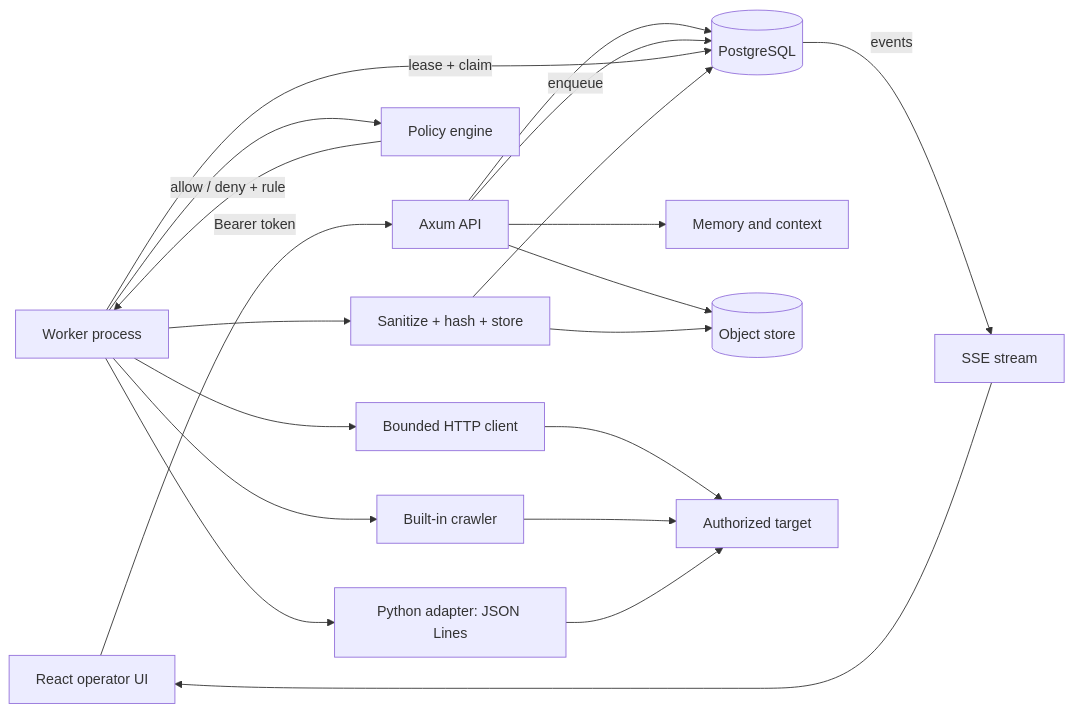
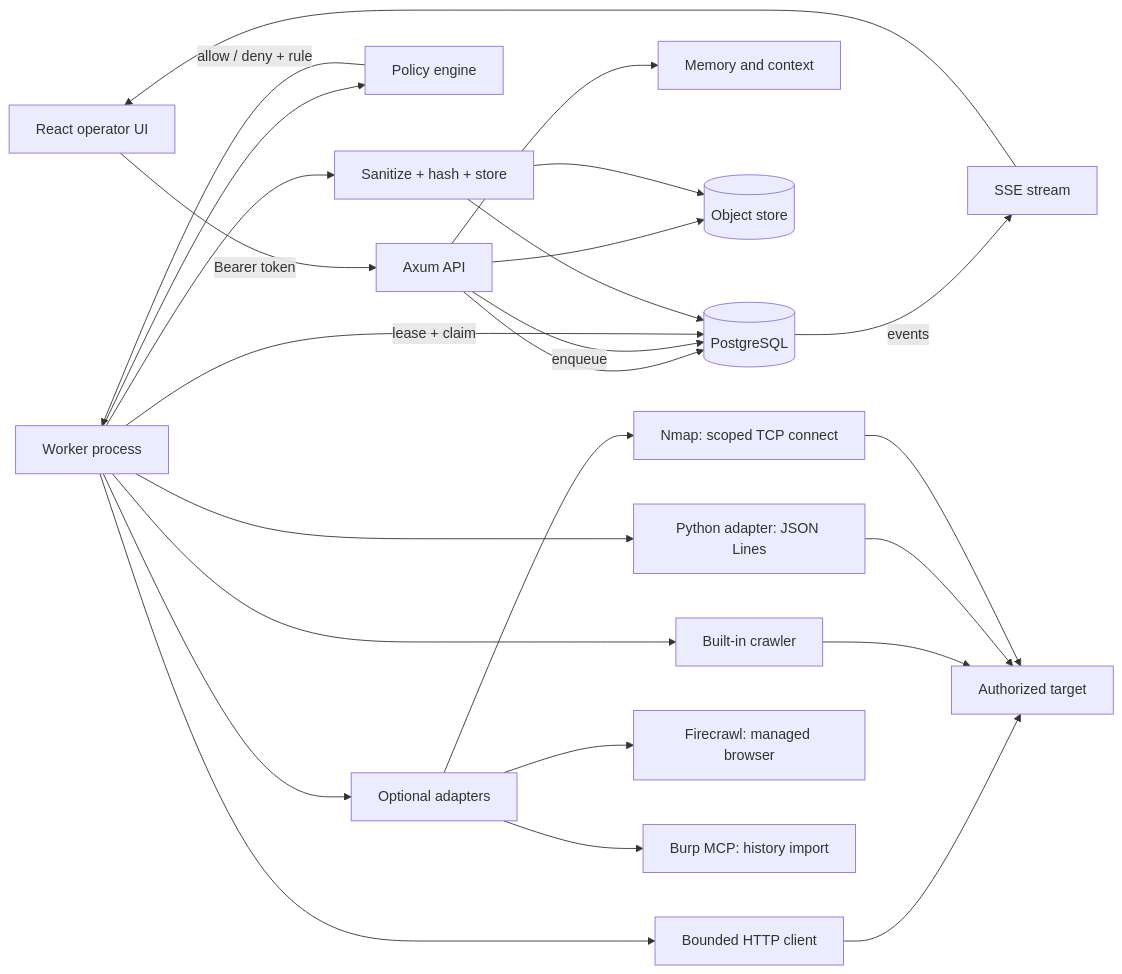
One commit to ralfferreira/darkbox changed the first of 2 diagrams in docs/architecture.md. Above: the diagram before and after it, drawn with Mermaid. The commit also changed other lines of this file and 43 other files, not shown here.

First line of the commit message:
Add optional Nmap, Firecrawl and Burp adapters

````diff
--- a/docs/architecture.md
+++ b/docs/architecture.md
@@ -10,22 +10,27 @@
 ```mermaid
 flowchart LR
     UI[React operator UI] -->|Bearer token| API[Axum API]
     API --> DB[(PostgreSQL)]
     API --> MEM[Memory and context]
     API --> OBJ[(Object store)]
     API -->|enqueue| DB
     WORKER[Worker process] -->|lease + claim| DB
     WORKER --> POLICY[Policy engine]
     POLICY -->|allow / deny + rule| WORKER
     WORKER --> HTTP[Bounded HTTP client]
     WORKER --> CRAWL[Built-in crawler]
     WORKER --> ADAPTER[Python adapter: JSON Lines]
+    WORKER --> OPT[Optional adapters]
+    OPT --> NMAP[Nmap: scoped TCP connect]
+    OPT --> FC[Firecrawl: managed browser]
+    OPT --> BURP[Burp MCP: history import]
     HTTP --> TARGET[Authorized target]
     CRAWL --> TARGET
     ADAPTER --> TARGET
+    NMAP --> TARGET
     WORKER --> INGEST[Sanitize + hash + store]
     INGEST --> DB
     INGEST --> OBJ
     DB -->|events| SSE[SSE stream]
     SSE --> UI
 ```
````
